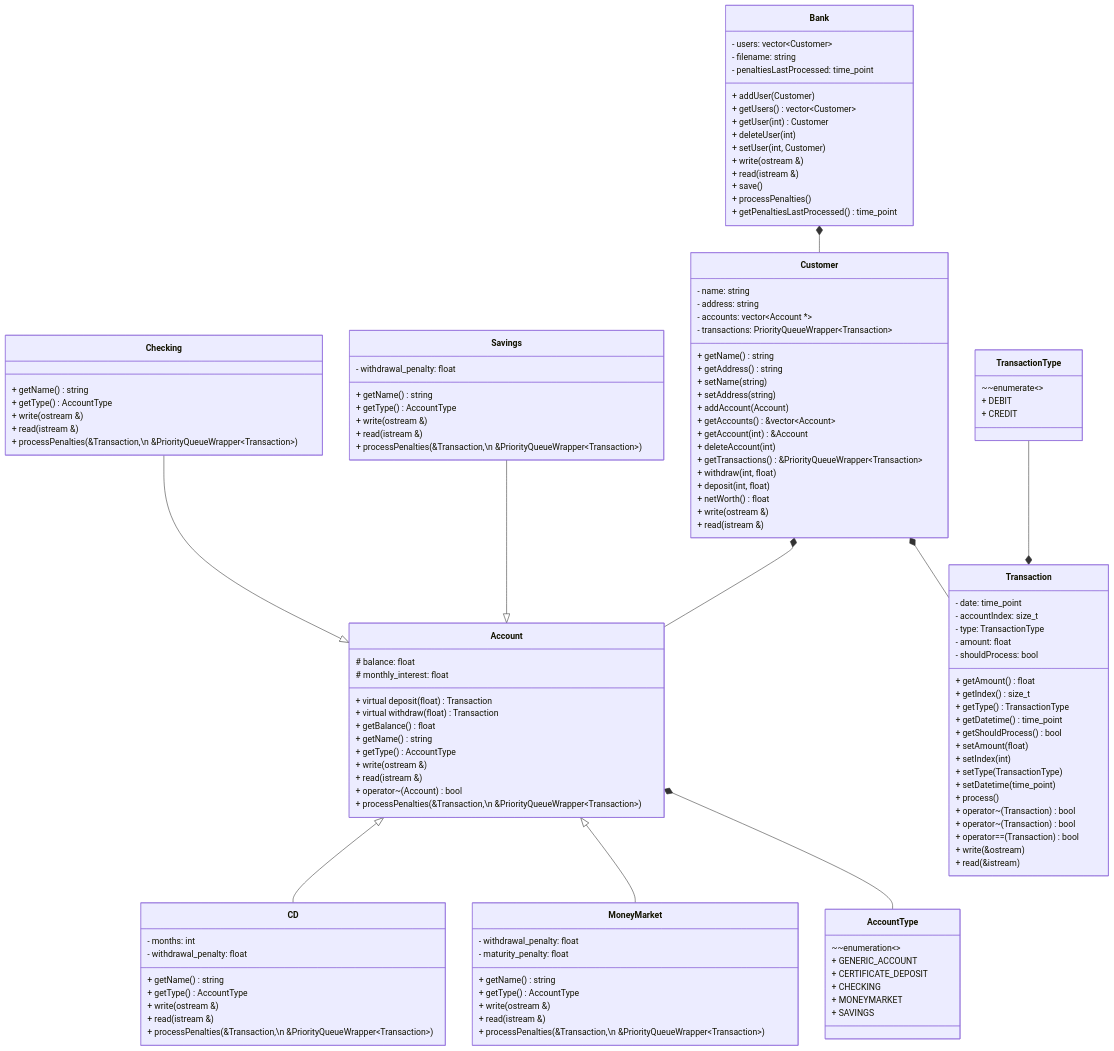
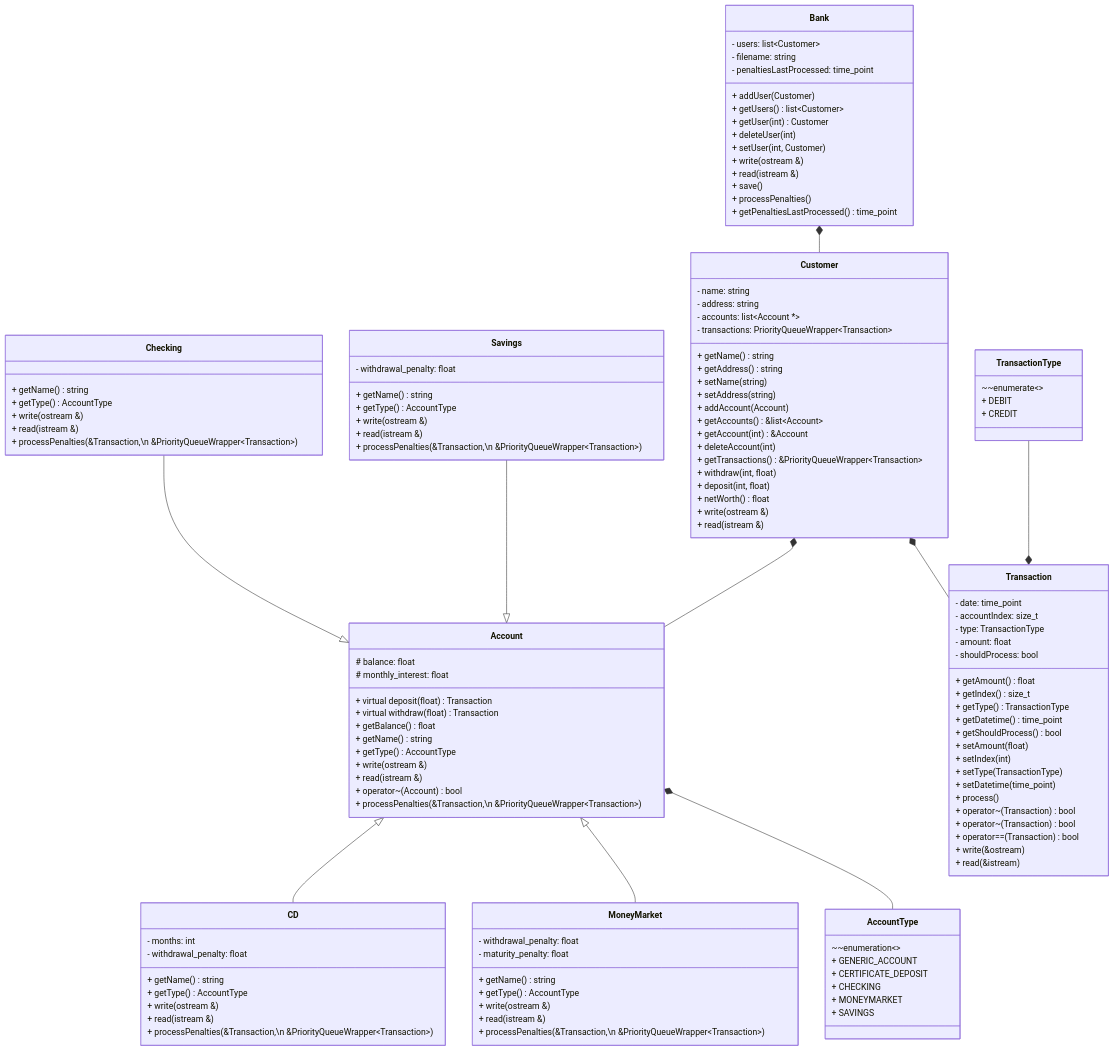
One commit to Tallented-Code-bot/CS-group-project changed the diagram in README.md. Above: the diagram before and after it, drawn with Mermaid. The commit also changed 8 other files, not shown here.

````diff
--- a/README.md
+++ b/README.md
@@ -12,11 +12,11 @@
 ``` mermaid
 classDiagram
     class Bank{
-        - users: vector~Customer~
+        - users: list~Customer~
         - filename: string
         - penaltiesLastProcessed: time_point
         + addUser(Customer)
-        + getUsers() vector~Customer~
+        + getUsers() list~Customer~
         + getUser(int) Customer
         + deleteUser(int)
         + setUser(int, Customer)
@@ -61,7 +61,7 @@
     class Customer{
         - name: string
         - address: string
-        - accounts: vector~Account *~
+        - accounts: list~Account *~
         - transactions: PriorityQueueWrapper~Transaction~
 
         + getName() string
@@ -70,7 +70,7 @@
         + setAddress(string)
 
         + addAccount(Account)
-        + getAccounts() &vector~Account~
+        + getAccounts() &list~Account~
         + getAccount(int) &Account
         + deleteAccount(int)
 
````
